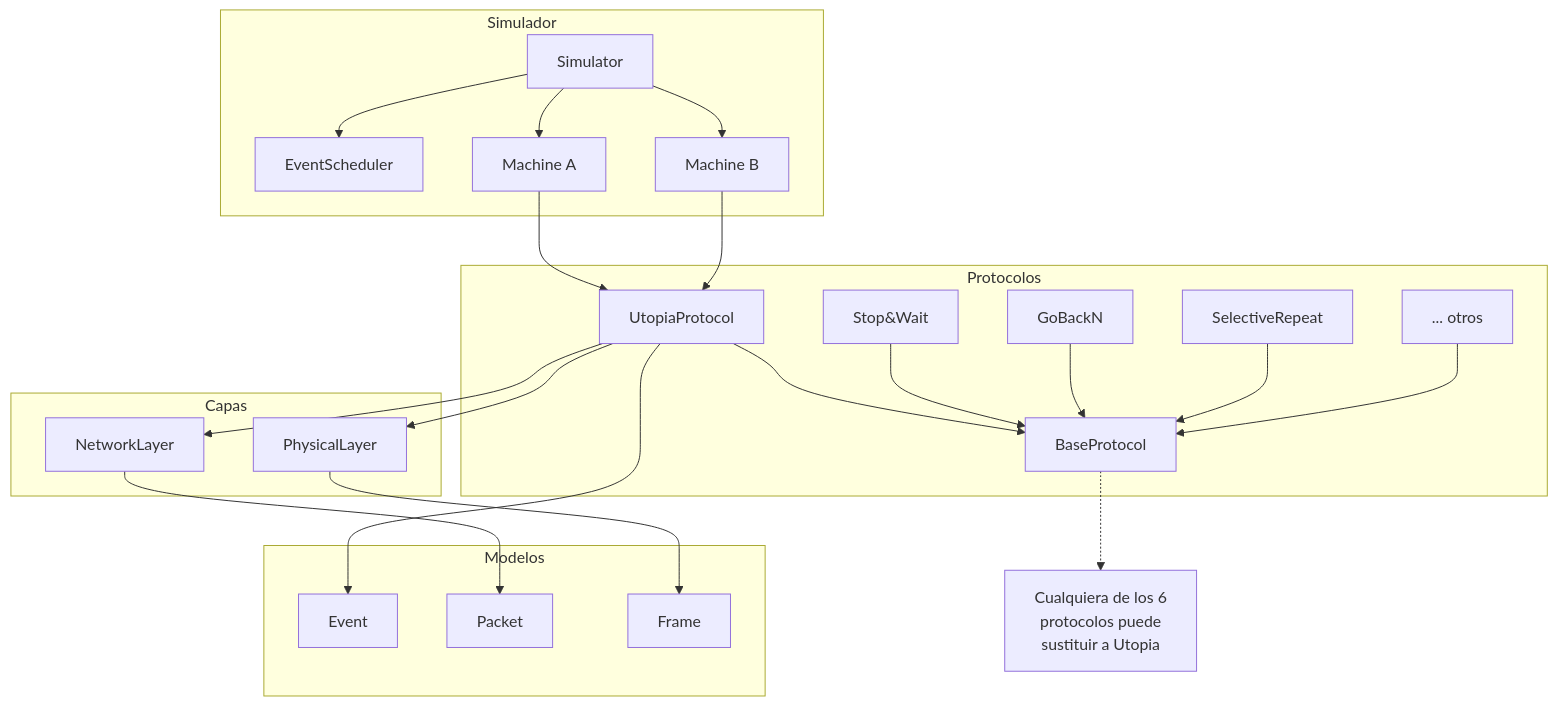
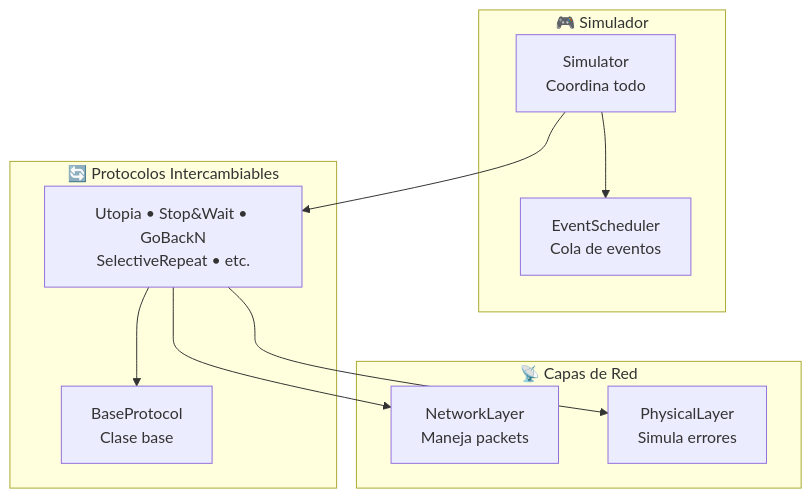
The second of 2 diagrams in README.md (PavsTEC/network_simulator), drawn with Mermaid before and after one commit. The commit also changed other lines of this file, not shown here.

````diff
--- a/README.md
+++ b/README.md
@@ -101,54 +78,23 @@
 ```mermaid
-graph TD
-    %% Subgrafos principales
-    subgraph Simulador
-        SIM[Simulator]
-        ES[EventScheduler]
-        MA[Machine A]
-        MB[Machine B]
+graph TB
+    subgraph "🎮 Simulador"
+        SIM[Simulator<br/>Coordina todo]
+        ES[EventScheduler<br/>Cola de eventos]
     end
 
-    subgraph Protocolos
-        BP[BaseProtocol]
-        UP[UtopiaProtocol]
-        SW[Stop&Wait]
-        GBN[GoBackN]
-        SR[SelectiveRepeat]
-        OTHER[... otros]
+    subgraph "🔄 Protocolos Intercambiables"
+        BP[BaseProtocol<br/>Clase base]
+        PROT[Utopia • Stop&Wait • GoBackN<br/>SelectiveRepeat • etc.]
     end
 
-    subgraph Capas
-        NL[NetworkLayer]
-        PL[PhysicalLayer]
+    subgraph "📡 Capas de Red"
+        NL[NetworkLayer<br/>Maneja packets]
+        PL[PhysicalLayer<br/>Simula errores]
     end
 
-    subgraph Modelos
-        EV[Event]
-        PKT[Packet]
-        FR[Frame]
-    end
-
-    %% Relaciones principales
     SIM --> ES
-    SIM --> MA
-    SIM --> MB
-
-    MA --> UP
-    MB --> UP
-
-    UP --> BP
-    SW --> BP
-    GBN --> BP
-    SR --> BP
-    OTHER --> BP
-
-    UP --> NL
-    UP --> PL
-
-    UP --> EV
-    NL --> PKT
-    PL --> FR
-
-    %% Nota importante
-    BP -.-> NOTE["Cualquiera de los 6<br/>protocolos puede<br/>sustituir a Utopia"]
+    SIM --> PROT
+    PROT --> BP
+    PROT --> NL
+    PROT --> PL
 ```
````
